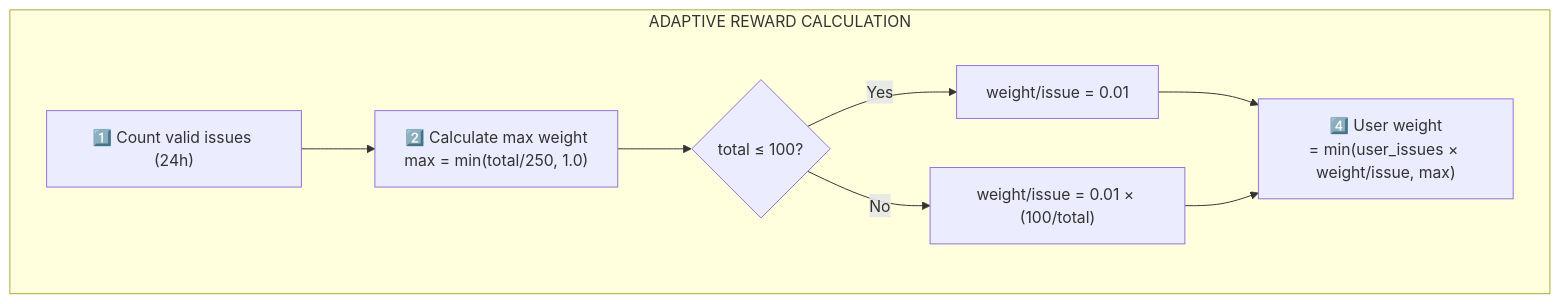
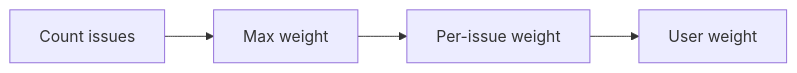
The fourth of 4 diagrams in AGENTS.md (PlatformNetwork/bounty-challenge), drawn with Mermaid before and after one commit. The commit also changed other lines of this file and 2 other files, not shown here.

Commit message:
docs: simplify Mermaid diagrams for better GitHub rendering

````diff
--- a/AGENTS.md
+++ b/AGENTS.md
@@ -208,15 +181,4 @@
 ```mermaid
-flowchart TD
-    subgraph Calc["ADAPTIVE REWARD CALCULATION"]
-        A["1️⃣ Count valid issues (24h)"]
-        B["2️⃣ Calculate max weight<br/>max = min(total/250, 1.0)"]
-        C{"total ≤ 100?"}
-        D["weight/issue = 0.01"]
-        E["weight/issue = 0.01 × (100/total)"]
-        F["4️⃣ User weight<br/>= min(user_issues × weight/issue, max)"]
-        
-        A --> B --> C
-        C -->|"Yes"| D --> F
-        C -->|"No"| E --> F
-    end
+flowchart LR
+    A["Count issues"] --> B["Max weight"] --> C["Per-issue weight"] --> D["User weight"]
 ```
````
